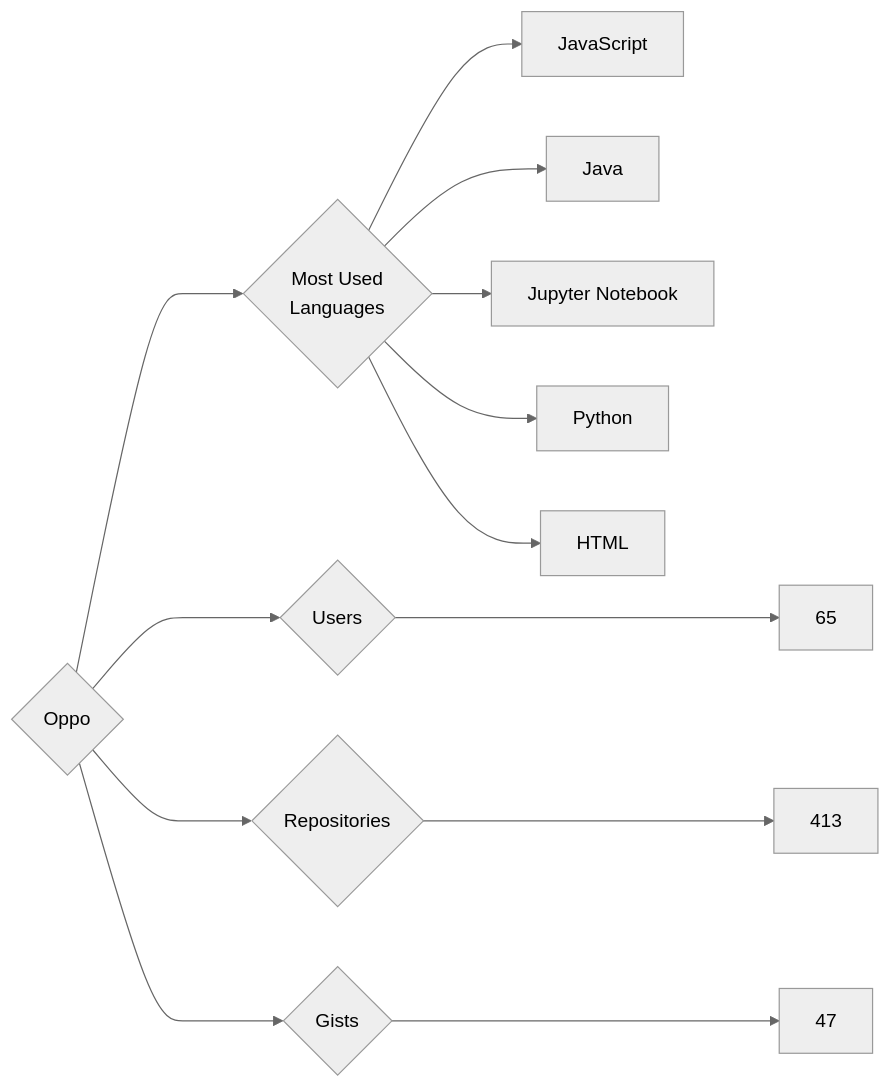
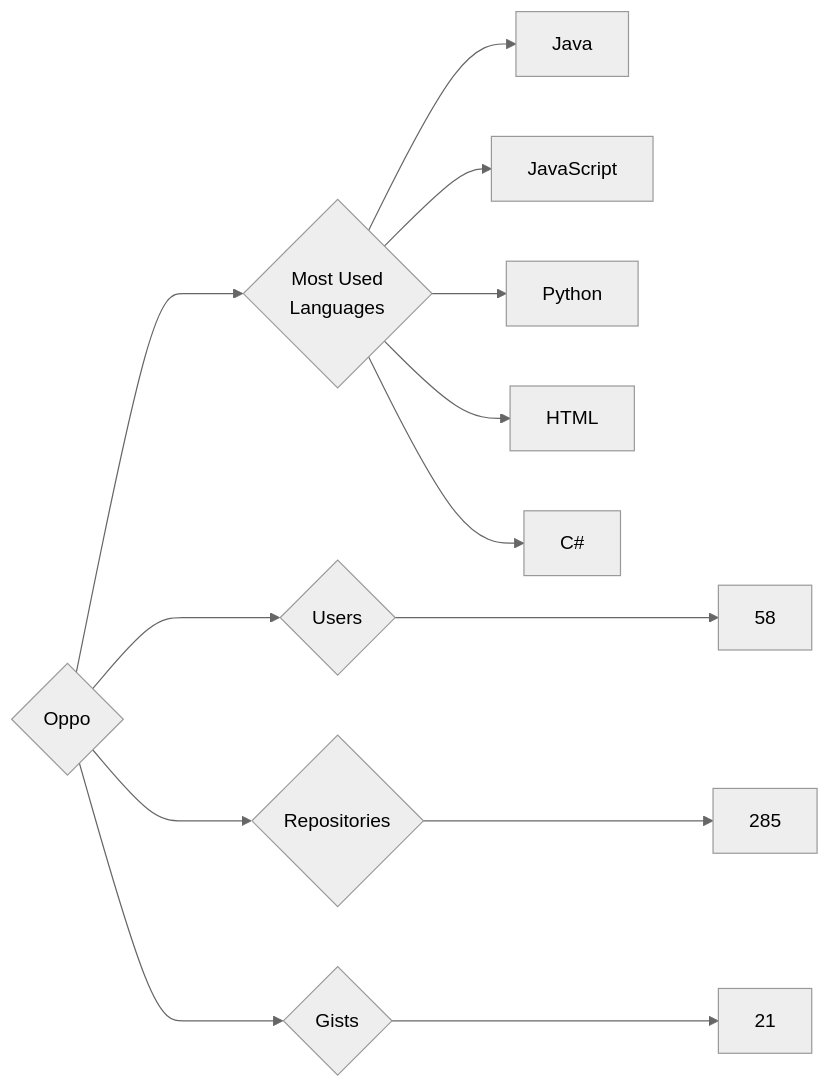
One commit to trickest/insiders changed the diagram in targets/Oppo/README.md. Above: the diagram before and after it, drawn with Mermaid (neutral theme). The commit also changed 833 other files, not shown here.

````diff
--- a/targets/Oppo/README.md
+++ b/targets/Oppo/README.md
@@ -3,13 +3,13 @@
 ```mermaid
 graph LR
 COMPANY_NAME{Oppo}
-COMPANY_NAME ---> U{Users} ---> UN[65]
-COMPANY_NAME ---> R{Repositories} ---> RN[413]
-COMPANY_NAME ---> G{Gists} ---> GN[47]
+COMPANY_NAME ---> U{Users} ---> UN[58]
+COMPANY_NAME ---> R{Repositories} ---> RN[285]
+COMPANY_NAME ---> G{Gists} ---> GN[21]
 COMPANY_NAME ---> ML{Most Used<br>Languages}
+ML --> Java[Java]
 ML --> JavaScript[JavaScript]
-ML --> Java[Java]
-ML --> Jupyter_Notebook[Jupyter Notebook]
 ML --> Python[Python]
 ML --> HTML[HTML]
+ML --> C#[C#]
 ```
````
